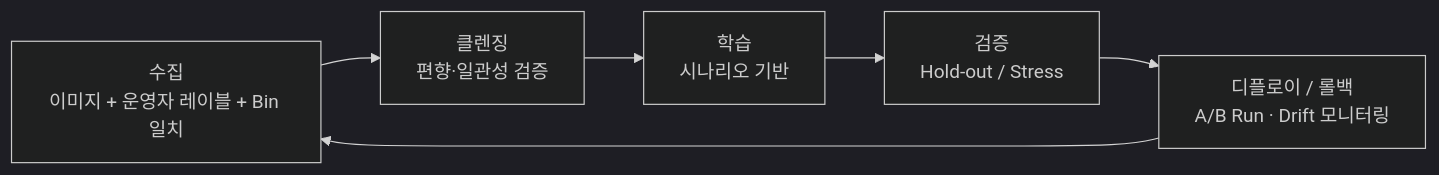
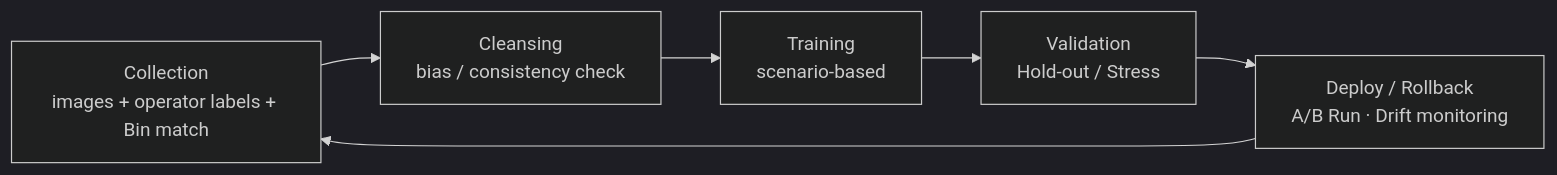
The diagram in docs/03-defect/b06-adc.md (btjeon/sic-wiki), drawn with Mermaid (dark theme) before and after one commit. The commit also changed other lines of this file and 14 other files, not shown here.

````diff
--- a/docs/03-defect/b06-adc.md
+++ b/docs/03-defect/b06-adc.md
@@ -32,8 +32,8 @@
 ```mermaid
 flowchart LR
-    A[수집<br/>이미지 + 운영자 레이블 + Bin 일치] --> B[클렌징<br/>편향·일관성 검증]
-    B --> C[학습<br/>시나리오 기반]
-    C --> D[검증<br/>Hold-out / Stress]
-    D --> E[디플로이 / 롤백<br/>A/B Run · Drift 모니터링]
+    A[Collection<br/>images + operator labels + Bin match] --> B[Cleansing<br/>bias / consistency check]
+    B --> C[Training<br/>scenario-based]
+    C --> D[Validation<br/>Hold-out / Stress]
+    D --> E[Deploy / Rollback<br/>A/B Run · Drift monitoring]
     E --> A
 ```
````
